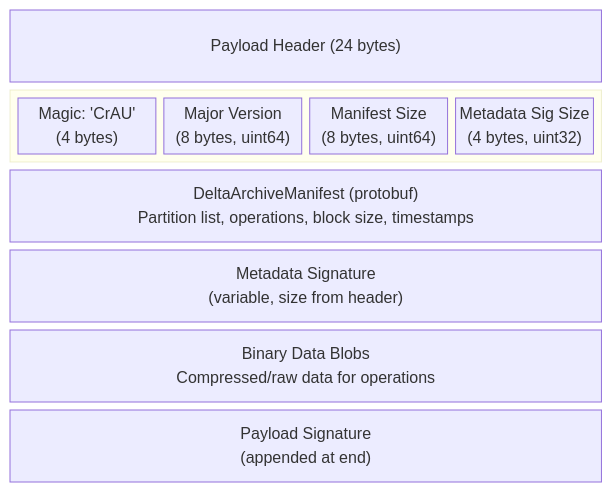
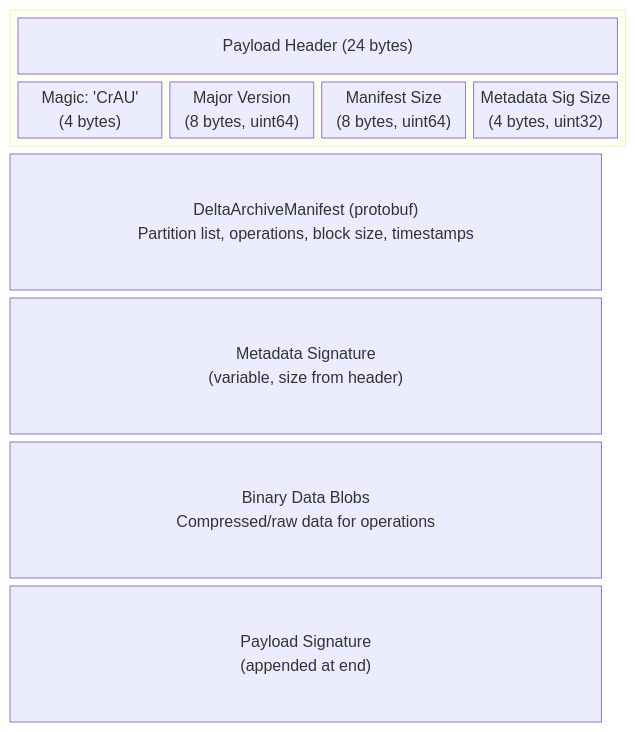
One commit to aospbooks/aosp-internal-book changed the sixth of 36 diagrams in 53-ota-updates.md. Above: the diagram before and after it, drawn with Mermaid.

Commit message:
53-ota-updates: enclose 24-byte header label and cells in one rectangle
Move the 'Payload Header (24 bytes)' label inside the parent block as
a top row spanning 4 columns, with the four header cells below it,
all wrapped in a single unlabeled rectangle. Avoids the overlap from
the previous parent-block-label centering while keeping the visual
that 'Payload Header' contains the four 4/8/8/4-byte fields.

````diff
--- a/53-ota-updates.md
+++ b/53-ota-updates.md
@@ -468,16 +468,16 @@
 ```mermaid
 block-beta
     columns 1
-    hdr_label["Payload Header (24 bytes)"]
-    block
+    block:header
         columns 4
+        hdr_label["Payload Header (24 bytes)"]:4
         magic["Magic: 'CrAU'<br/>(4 bytes)"]
         version["Major Version<br/>(8 bytes, uint64)"]
         manifest_size["Manifest Size<br/>(8 bytes, uint64)"]
         sig_size["Metadata Sig Size<br/>(4 bytes, uint32)"]
     end
     manifest["DeltaArchiveManifest (protobuf)<br/>Partition list, operations, block size, timestamps"]
     metadata_sig["Metadata Signature<br/>(variable, size from header)"]
     blobs["Binary Data Blobs<br/>Compressed/raw data for operations"]
     payload_sig["Payload Signature<br/>(appended at end)"]
 ```
````
